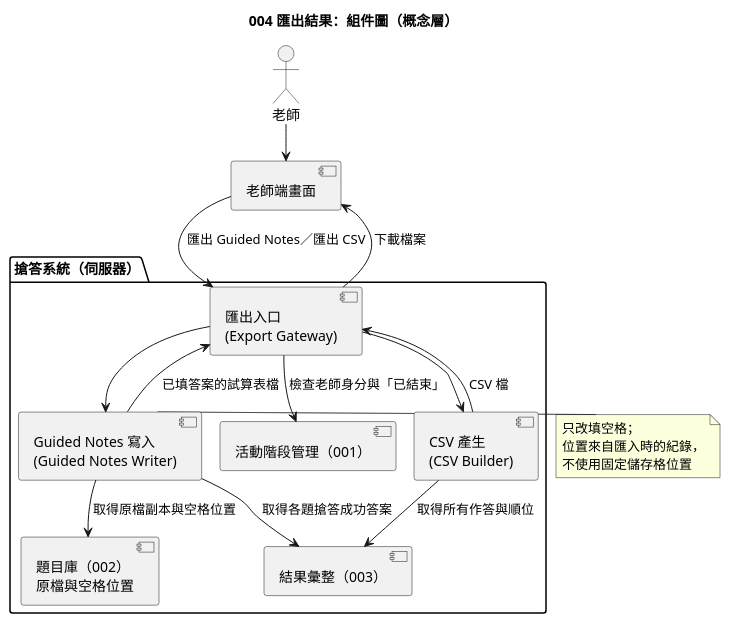
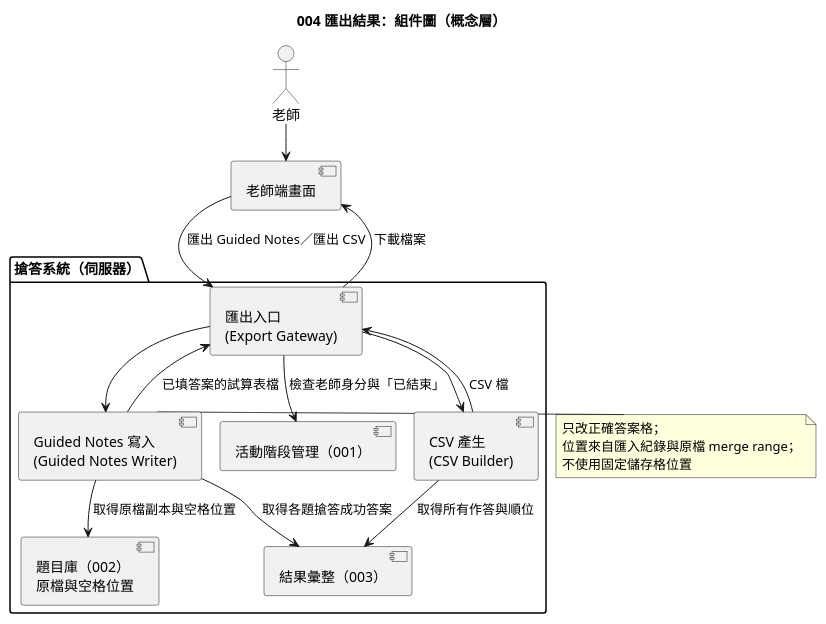
One commit to Danielweng0902/Answering-System_speckit changed the diagram in diagrams/004-export-component.puml. Above: the diagram before and after it, drawn with PlantUML. The commit also changed 49 other files, not shown here.

```diff
--- a/diagrams/004-export-component.puml
+++ b/diagrams/004-export-component.puml
@@ -1,34 +1,34 @@
 @startuml
 !pragma layout smetana
 title 004 匯出結果：組件圖（概念層）
 
 actor 老師
 component "老師端畫面" as TeacherUI
 
 package "搶答系統（伺服器）" {
   component "匯出入口\n(Export Gateway)" as Gateway
   component "Guided Notes 寫入\n(Guided Notes Writer)" as Writer
   component "CSV 產生\n(CSV Builder)" as Csv
   component "結果彙整（003）" as Result
   component "題目庫（002）\n原檔與空格位置" as Bank
   component "活動階段管理（001）" as Phase
 }
 
 老師 --> TeacherUI
 TeacherUI --> Gateway : 匯出 Guided Notes／匯出 CSV
 Gateway --> Phase : 檢查老師身分與「已結束」
 Gateway --> Writer
 Gateway --> Csv
 Writer --> Bank : 取得原檔副本與空格位置
 Writer --> Result : 取得各題搶答成功答案
 Csv --> Result : 取得所有作答與順位
 Writer --> Gateway : 已填答案的試算表檔
 Csv --> Gateway : CSV 檔
 Gateway --> TeacherUI : 下載檔案
 
 note right of Writer
-  只改填空格；
-  位置來自匯入時的紀錄，
+  只改正確答案格；
+  位置來自匯入紀錄與原檔 merge range；
   不使用固定儲存格位置
 end note
 @enduml
```
